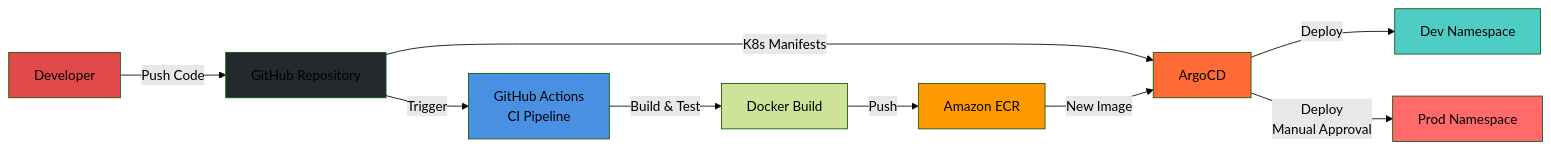
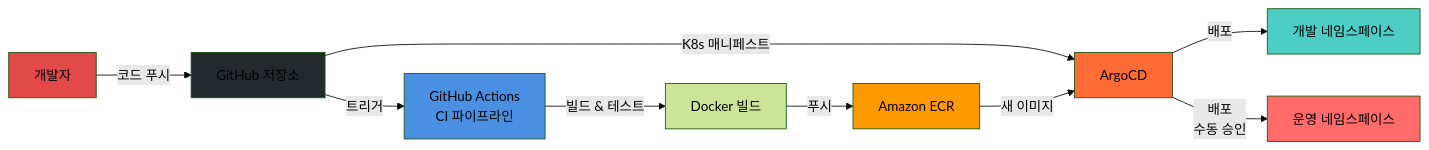
Before and after one commit to Pinksea-AI/InvokeAI: the tenth of 15 diagrams in docs/final-architecture/01-aws-architecture-diagram.md, drawn with Mermaid (forest theme). The commit also changed other lines of this file, not shown here.

First line of the commit message:
docs: AWS 아키텍처 다이어그램 문서를 한글로 번역

````diff
--- a/docs/final-architecture/01-aws-architecture-diagram.md
+++ b/docs/final-architecture/01-aws-architecture-diagram.md
@@ -478,23 +478,23 @@
 ```mermaid
 graph LR
-    Dev[Developer] -->|Push Code| GitHub[GitHub Repository]
+    Dev[개발자] -->|코드 푸시| GitHub[GitHub 저장소]
 
-    GitHub -->|Trigger| GHA[GitHub Actions<br/>CI Pipeline]
+    GitHub -->|트리거| GHA[GitHub Actions<br/>CI 파이프라인]
 
-    GHA -->|Build & Test| Docker[Docker Build]
-    Docker -->|Push| ECR[Amazon ECR]
+    GHA -->|빌드 & 테스트| Docker[Docker 빌드]
+    Docker -->|푸시| ECR[Amazon ECR]
 
-    GitHub -->|K8s Manifests| ArgoCD[ArgoCD]
-    ECR -->|New Image| ArgoCD
+    GitHub -->|K8s 매니페스트| ArgoCD[ArgoCD]
+    ECR -->|새 이미지| ArgoCD
 
-    ArgoCD -->|Deploy| DevNS[Dev Namespace]
-    ArgoCD -->|Deploy<br/>Manual Approval| ProdNS[Prod Namespace]
+    ArgoCD -->|배포| DevNS[개발 네임스페이스]
+    ArgoCD -->|배포<br/>수동 승인| ProdNS[운영 네임스페이스]
 
     style Dev fill:#E24A4A
     style GitHub fill:#24292E
     style GHA fill:#4A90E2
     style ECR fill:#FF9900
     style ArgoCD fill:#FF6B35
     style DevNS fill:#4ECDC4
     style ProdNS fill:#FF6B6B
 ```
````
